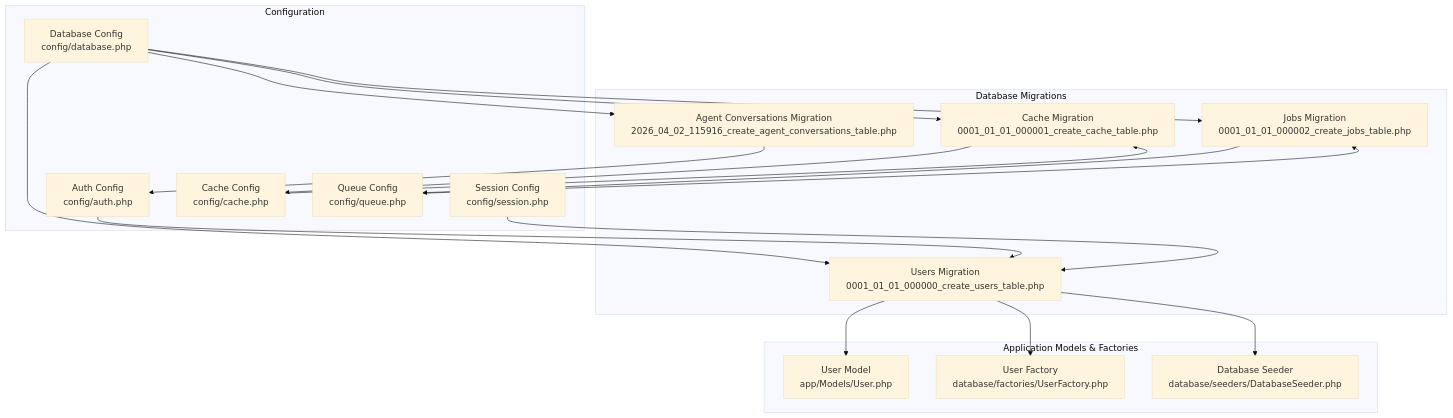
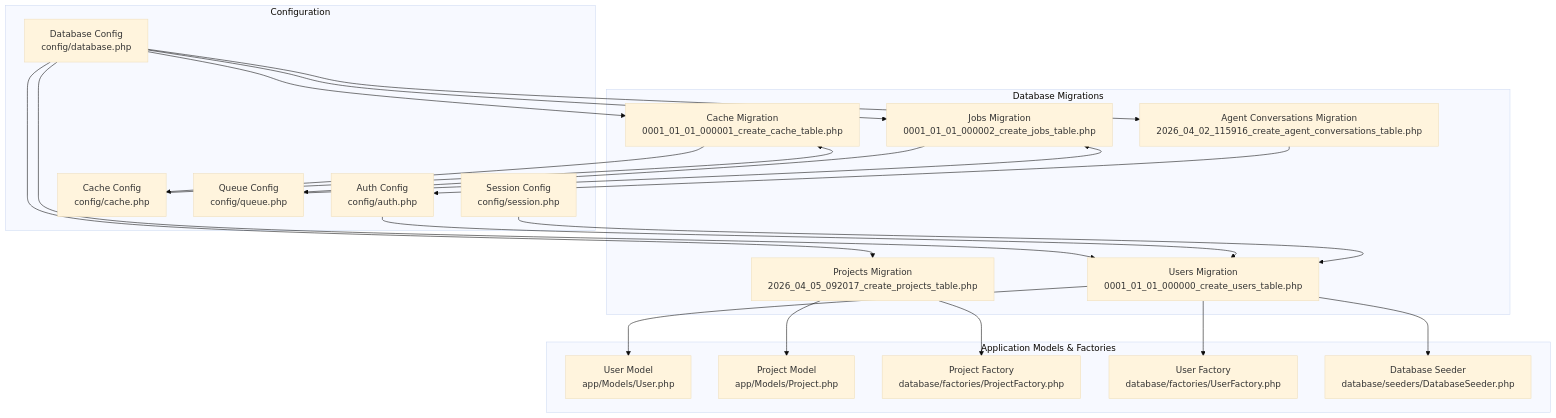
One commit to siimliimand/laravel-assistant changed the first of 7 diagrams in .qoder/repowiki/en/content/Database and Data Management/Database Schema Design.md. Above: the diagram before and after it, drawn with Mermaid (base theme). The commit also changed other lines of this file and 6 other files, not shown here.

First line of the commit message:
feat(database): add project management schema with ownership and status tracking

````diff
--- a/.qoder/repowiki/en/content/Database and Data Management/Database Schema Design.md
+++ b/.qoder/repowiki/en/content/Database and Data Management/Database Schema Design.md
@@ -44,35 +60,41 @@
 ```mermaid
 graph TB
 subgraph "Database Migrations"
 U["Users Migration<br/>0001_01_01_000000_create_users_table.php"]
 C["Cache Migration<br/>0001_01_01_000001_create_cache_table.php"]
 J["Jobs Migration<br/>0001_01_01_000002_create_jobs_table.php"]
 A["Agent Conversations Migration<br/>2026_04_02_115916_create_agent_conversations_table.php"]
+P["Projects Migration<br/>2026_04_05_092017_create_projects_table.php"]
 end
 subgraph "Application Models & Factories"
 UM["User Model<br/>app/Models/User.php"]
+PM["Project Model<br/>app/Models/Project.php"]
+PF["Project Factory<br/>database/factories/ProjectFactory.php"]
 UF["User Factory<br/>database/factories/UserFactory.php"]
 DS["Database Seeder<br/>database/seeders/DatabaseSeeder.php"]
 end
 subgraph "Configuration"
 DB["Database Config<br/>config/database.php"]
 AU["Auth Config<br/>config/auth.php"]
 SE["Session Config<br/>config/session.php"]
 CA["Cache Config<br/>config/cache.php"]
 QU["Queue Config<br/>config/queue.php"]
 end
 U --> UM
 U --> UF
 U --> DS
 C --> CA
 J --> QU
 A --> AU
+P --> PM
+P --> PF
 DB --> U
 DB --> C
 DB --> J
 DB --> A
+DB --> P
 AU --> U
 SE --> U
 CA --> C
 QU --> J
 ```
````
